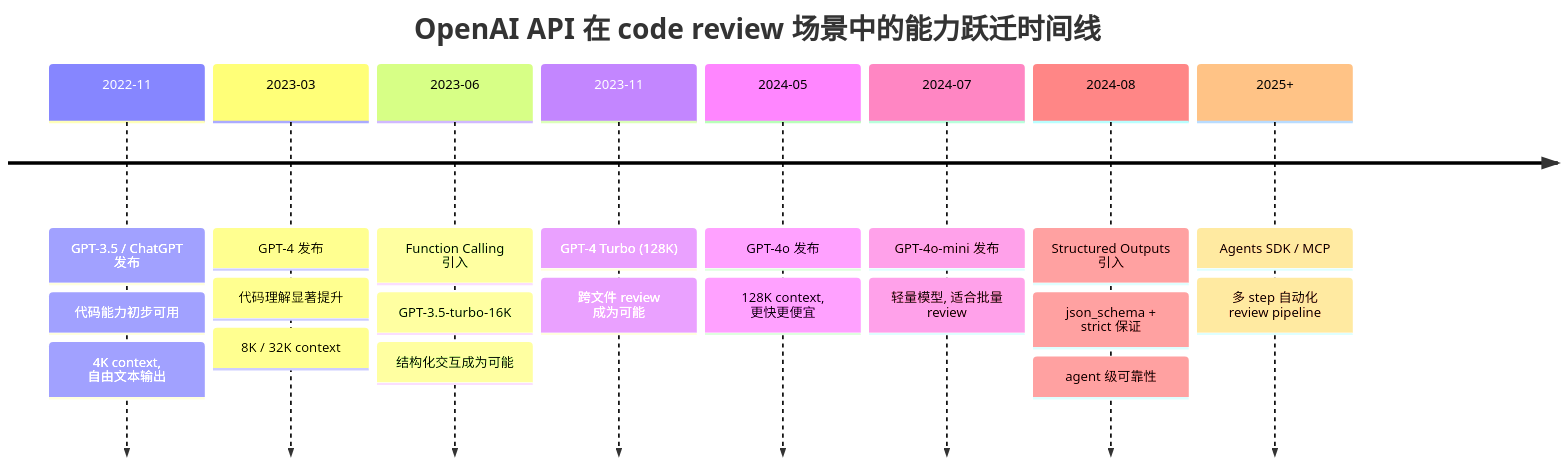
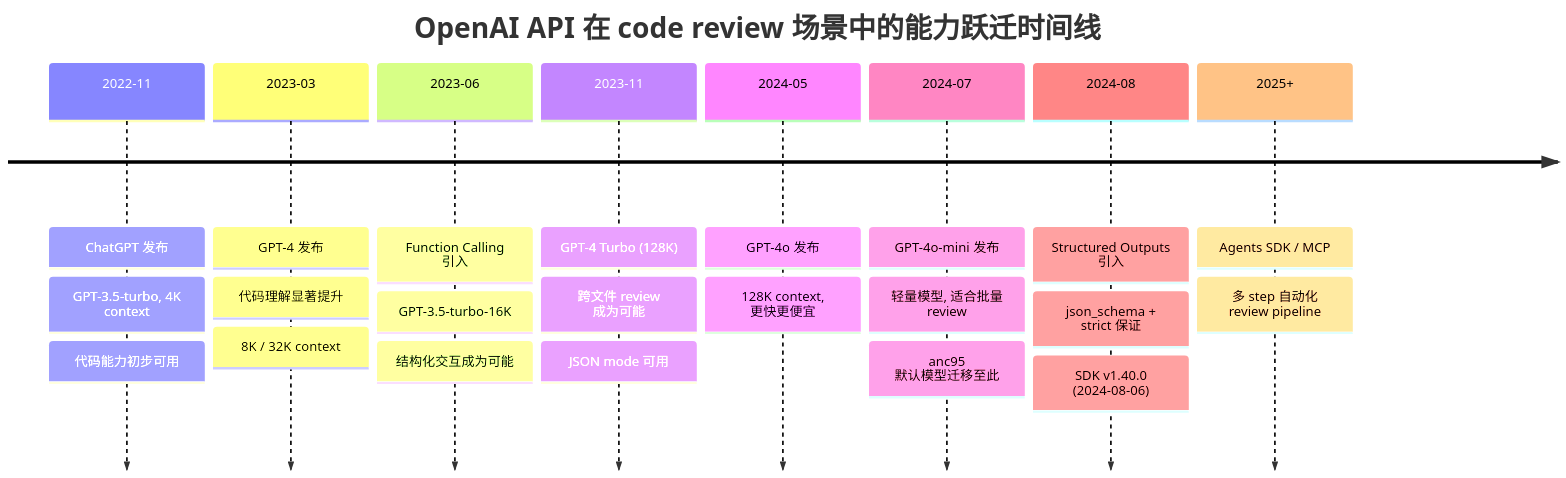
The fourth of 4 diagrams in knowledge/analysis/primitives/ai-code-review/chatgpt-codereview-framework/artifact.md (iampkuhz/openspec-research-blockchain), drawn with Mermaid before and after one commit. The commit also changed other lines of this file and 8 other files, not shown here.

````diff
--- a/knowledge/analysis/primitives/ai-code-review/chatgpt-codereview-framework/artifact.md
+++ b/knowledge/analysis/primitives/ai-code-review/chatgpt-codereview-framework/artifact.md
@@ -327,24 +304,26 @@
 ```mermaid
 timeline
     title OpenAI API 在 code review 场景中的能力跃迁时间线
-    2022-11 : GPT-3.5 / ChatGPT 发布
+    2022-11 : ChatGPT 发布
+              : GPT-3.5-turbo, 4K context
               : 代码能力初步可用
-              : 4K context, 自由文本输出
     2023-03 : GPT-4 发布
               : 代码理解显著提升
               : 8K / 32K context
     2023-06 : Function Calling 引入
               : GPT-3.5-turbo-16K
               : 结构化交互成为可能
     2023-11 : GPT-4 Turbo (128K)
               : 跨文件 review 成为可能
+              : JSON mode 可用
     2024-05 : GPT-4o 发布
               : 128K context, 更快更便宜
     2024-07 : GPT-4o-mini 发布
               : 轻量模型, 适合批量 review
+              : anc95 默认模型迁移至此
     2024-08 : Structured Outputs 引入
               : json_schema + strict 保证
-              : agent 级可靠性
+              : SDK v1.40.0 (2024-08-06)
     2025+   : Agents SDK / MCP
               : 多 step 自动化 review pipeline
 ```
````
